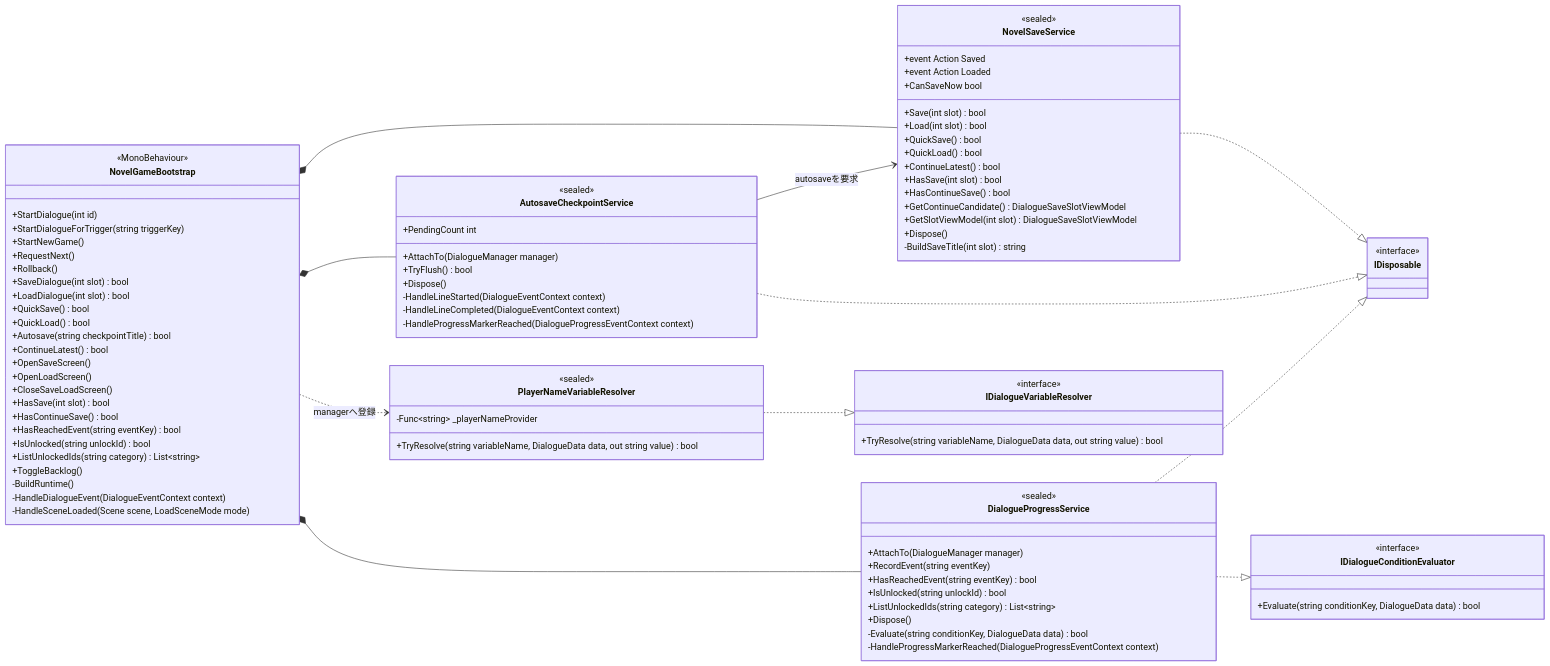
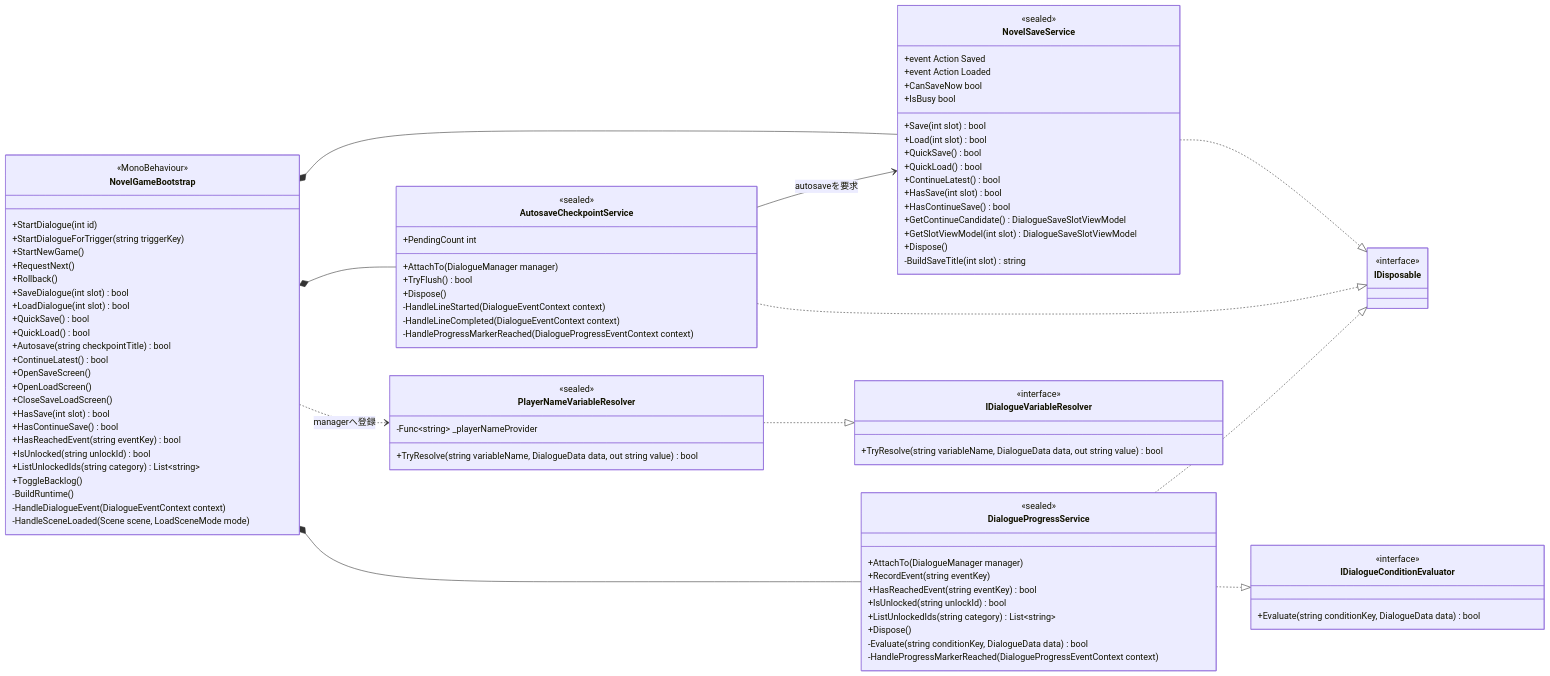
One commit to kkmia417/WhiteRoom changed the third of 5 diagrams in docs/architecture/class-diagram.ja.md. Above: the diagram before and after it, drawn with Mermaid. The commit also changed other lines of this file and 19 other files, not shown here.

```diff
--- a/docs/architecture/class-diagram.ja.md
+++ b/docs/architecture/class-diagram.ja.md
@@ -167,6 +167,7 @@
         +event Action Saved
         +event Action Loaded
         +CanSaveNow bool
+        +IsBusy bool
         +Save(int slot) bool
         +Load(int slot) bool
         +QuickSave() bool
```
